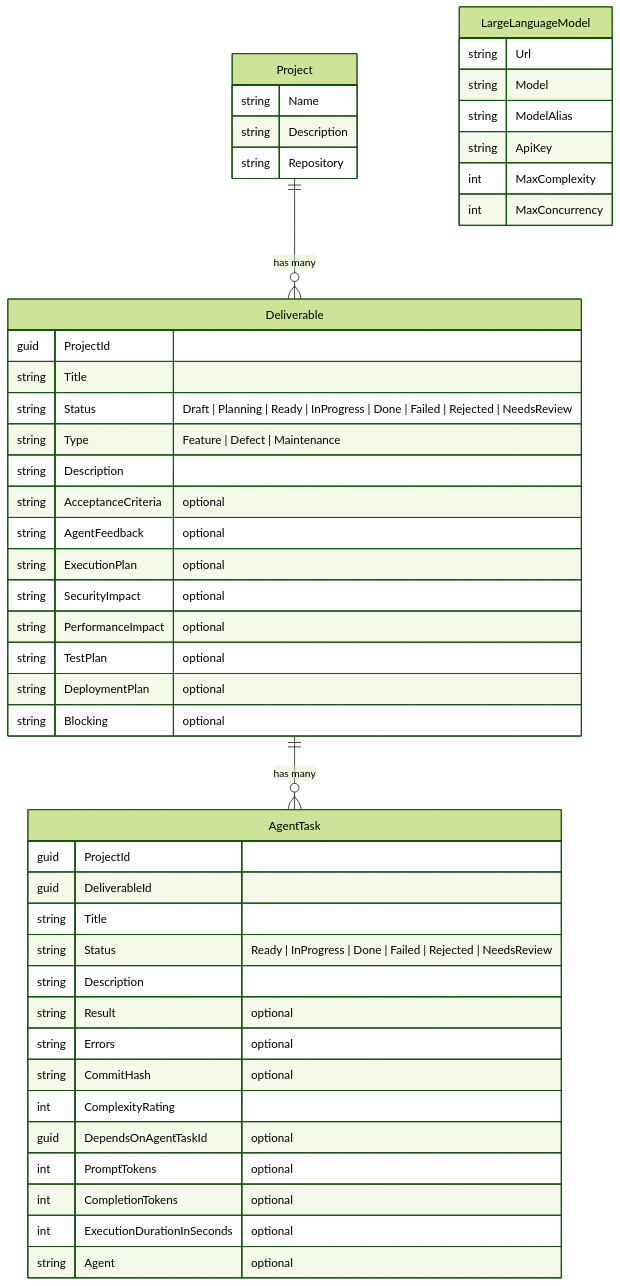
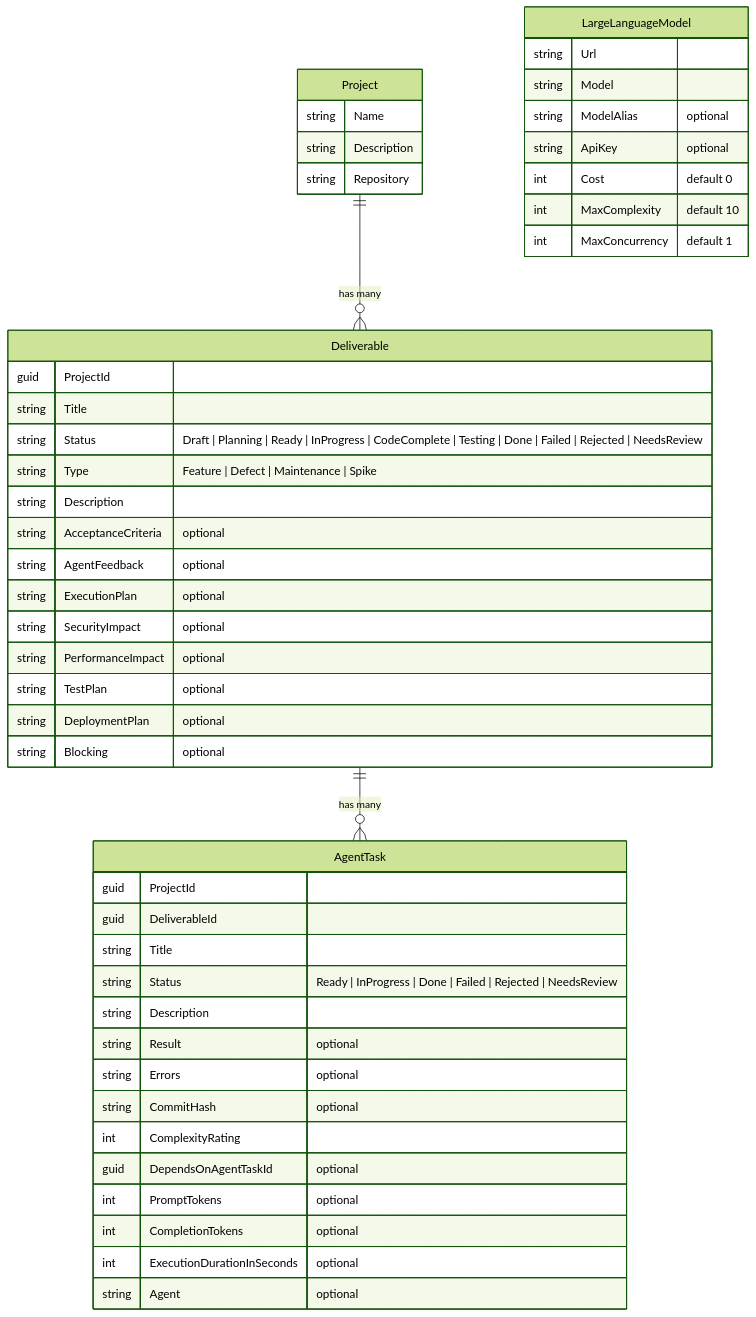
The diagram in spec/graphql/data-model.mmd (MartinKuhne/devstack), drawn with Mermaid (forest theme) before and after one commit. The commit also changed 7 other files, not shown here.

```diff
--- a/spec/graphql/data-model.mmd
+++ b/spec/graphql/data-model.mmd
@@ -1,53 +1,55 @@
 erDiagram
 
     Project {
         string Name
         string Description
         string Repository
     }
 
     Deliverable {
         guid ProjectId
         string Title
-        string Status "Draft | Planning | Ready | InProgress | Done | Failed | Rejected | NeedsReview"
-        string Type "Feature | Defect | Maintenance"
+        string Status "Draft | Planning | Ready | InProgress | CodeComplete | Testing | Done | Failed | Rejected | NeedsReview"
+        string Type "Feature | Defect | Maintenance | Spike"
         string Description
         string AcceptanceCriteria "optional"
         string AgentFeedback "optional"
         string ExecutionPlan "optional"
         string SecurityImpact "optional"
         string PerformanceImpact "optional"
         string TestPlan "optional"
         string DeploymentPlan "optional"
         string Blocking "optional"
     }
 
     AgentTask {
         guid ProjectId
         guid DeliverableId
         string Title
         string Status "Ready | InProgress | Done | Failed | Rejected | NeedsReview"
         string Description
         string Result "optional"
         string Errors "optional"
         string CommitHash "optional"
         int ComplexityRating
         guid DependsOnAgentTaskId "optional"
         int PromptTokens "optional"
         int CompletionTokens "optional"
         int ExecutionDurationInSeconds "optional"
         string Agent "optional"
     }
 
     LargeLanguageModel {
         string Url
+        
         string Model
-        string ModelAlias
-        string ApiKey
-        int MaxComplexity
-        int MaxConcurrency
+        string ModelAlias "optional"
+        string ApiKey "optional"
+        int Cost "default 0"
+        int MaxComplexity "default 10"
+        int MaxConcurrency "default 1"
     }
 
     %% Relationships
     Project ||--o{ Deliverable : "has many"
     Deliverable ||--o{ AgentTask : "has many"
```
